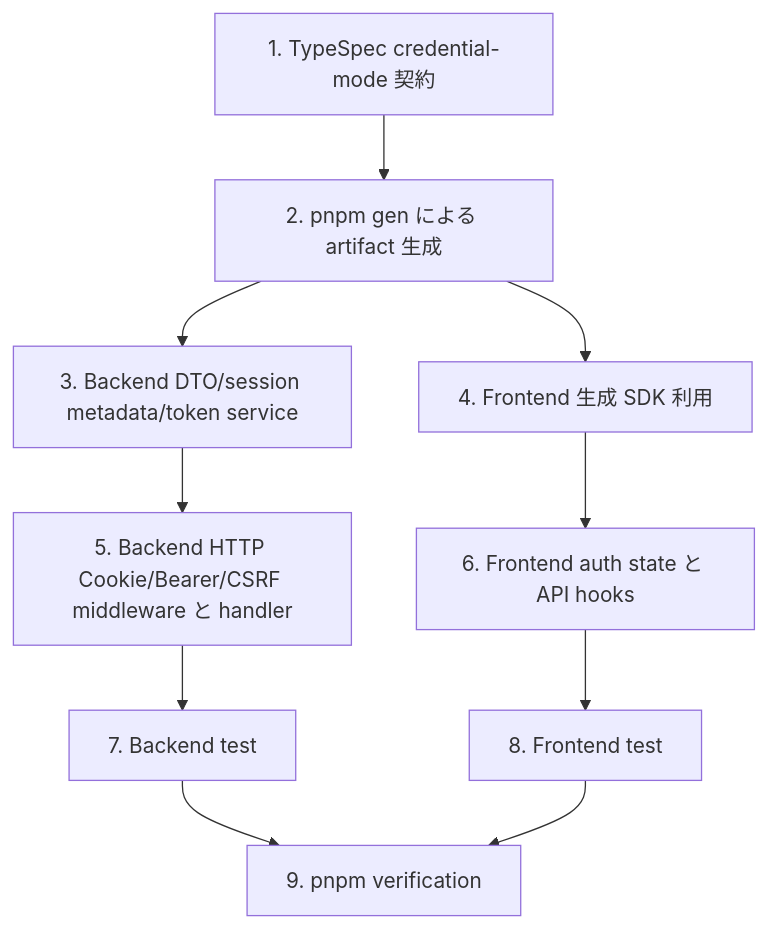
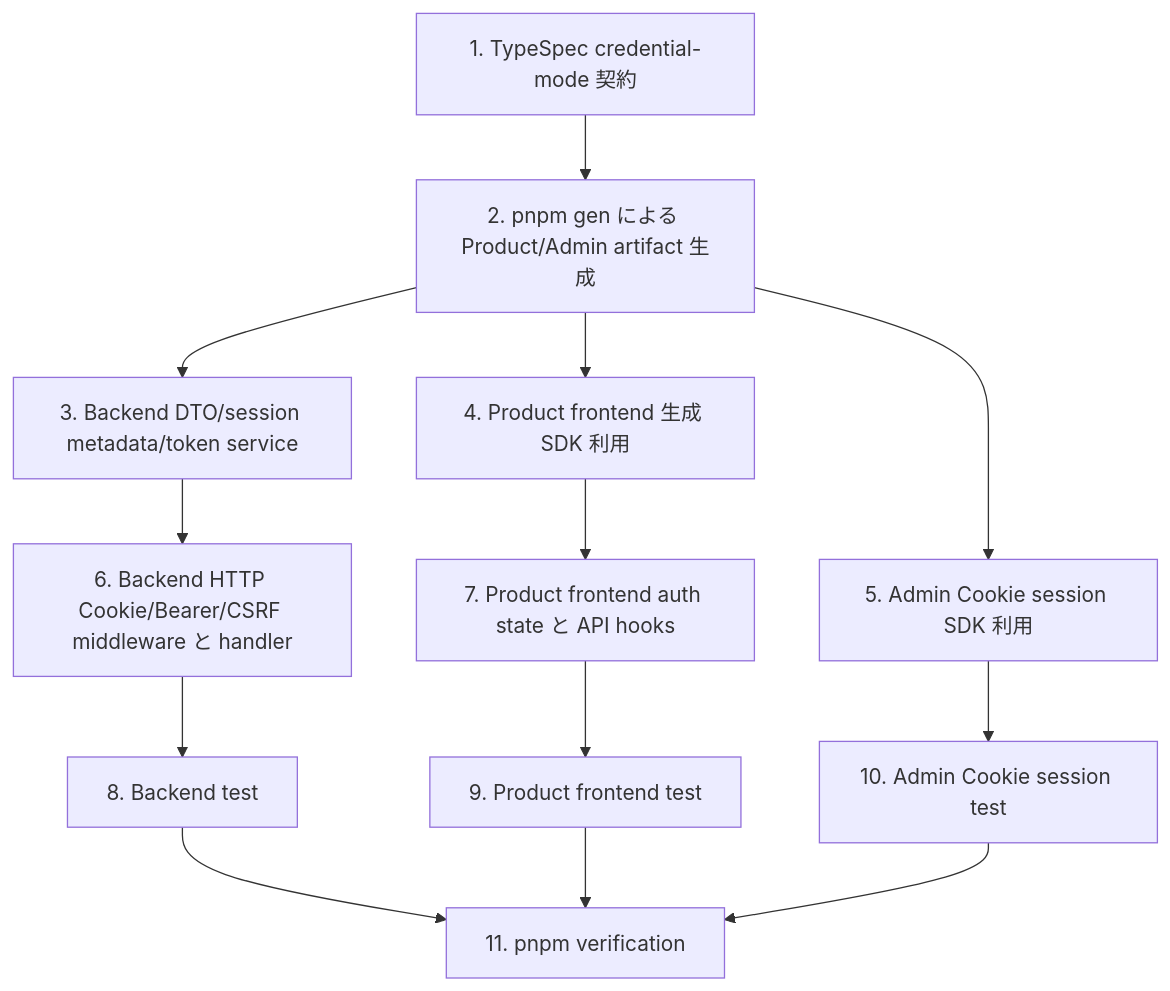
One commit to witwire-net/www-template changed the fifth of 5 diagrams in openspec/changes/product-cookie-bearer-auth/design.md. Above: the diagram before and after it, drawn with Mermaid. The commit also changed other lines of this file and 6 other files, not shown here.

Commit message:
docs(openspec): tighten cookie bearer auth plan

````diff
--- a/openspec/changes/product-cookie-bearer-auth/design.md
+++ b/openspec/changes/product-cookie-bearer-auth/design.md
@@ -262,12 +449,15 @@
 ```mermaid
 flowchart TD
-  T1[1. TypeSpec credential-mode 契約] --> T2[2. pnpm gen による artifact 生成]
+  T1[1. TypeSpec credential-mode 契約] --> T2[2. pnpm gen による Product/Admin artifact 生成]
   T2 --> T3[3. Backend DTO/session metadata/token service]
-  T2 --> T4[4. Frontend 生成 SDK 利用]
-  T3 --> T5[5. Backend HTTP Cookie/Bearer/CSRF middleware と handler]
-  T4 --> T6[6. Frontend auth state と API hooks]
-  T5 --> T7[7. Backend test]
-  T6 --> T8[8. Frontend test]
-  T7 --> T9[9. pnpm verification]
-  T8 --> T9
+  T2 --> T4[4. Product frontend 生成 SDK 利用]
+  T2 --> T5[5. Admin Cookie session SDK 利用]
+  T3 --> T6[6. Backend HTTP Cookie/Bearer/CSRF middleware と handler]
+  T4 --> T7[7. Product frontend auth state と API hooks]
+  T6 --> T8[8. Backend test]
+  T7 --> T9[9. Product frontend test]
+  T5 --> T10[10. Admin Cookie session test]
+  T8 --> T11[11. pnpm verification]
+  T9 --> T11
+  T10 --> T11
 ```
````
